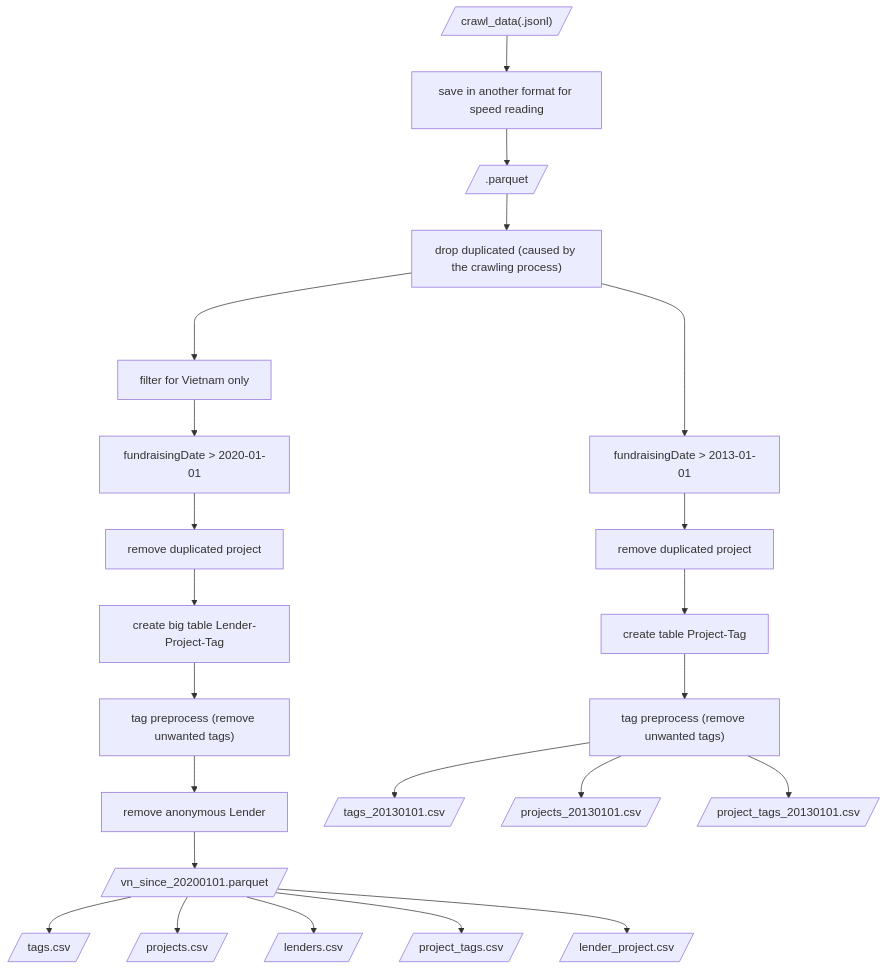
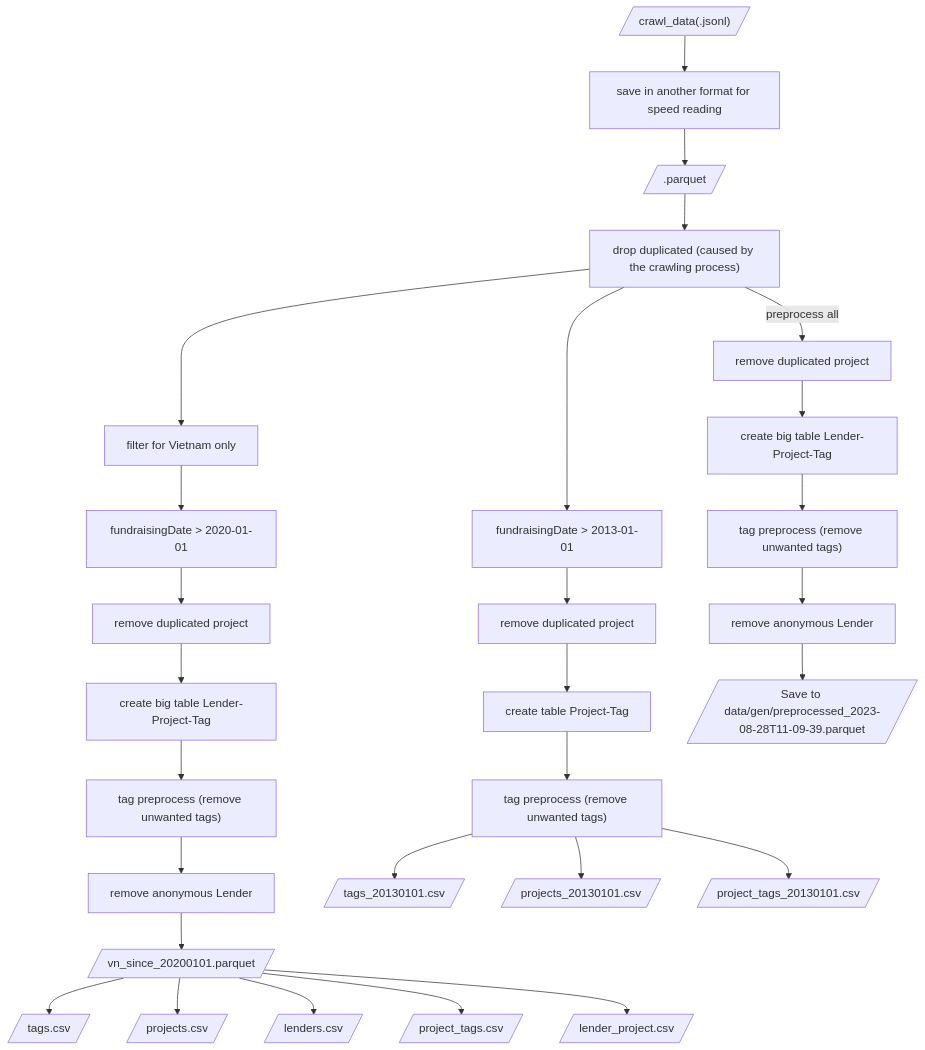
Before and after one commit to gameliee/kiva: the diagram in doc/preprocess.md, drawn with Mermaid. The commit also changed 1 other file, not shown here.

Commit message:
doc: add preprocesisng doc, minor fixes

````diff
--- a/doc/preprocess.md
+++ b/doc/preprocess.md
@@ -3,27 +3,33 @@
 ```mermaid
 graph TD
 raw[/"crawl_data(.jsonl)"/] 
 --> a["save in another format for speed reading"]
 --> par[/".parquet"/]
 --> b["drop duplicated (caused by the crawling process)"]
 ---> c["filter for Vietnam only"]
 --> d["fundraisingDate > 2020-01-01"]
 --> e["remove duplicated project"]
 --> f["create big table Lender-Project-Tag"]
 --> g["tag preprocess (remove unwanted tags)"]
 --> h["remove anonymous Lender"]
 --> vn[/"vn_since_20200101.parquet"/]
 --> t[/"tags.csv"/]
 vn --> pro[/"projects.csv"/]
 vn --> lender[/"lenders.csv"/]
 vn --> pt[/"project_tags.csv"/]
 vn --> lp[/"lender_project.csv"/]
 
 b ----> C["fundraisingDate > 2013-01-01"]
 --> D["remove duplicated project"]
 --> E["create table Project-Tag"]
 --> G["tag preprocess (remove unwanted tags)"]
 G --> T[/"tags_20130101.csv"/]
 G --> PRO[/"projects_20130101.csv"/]
 G --> PT[/"project_tags_20130101.csv"/]
+
+b --preprocess all--> N["remove duplicated project"]
+--> P["create big table Lender-Project-Tag"]
+--> Q["tag preprocess (remove unwanted tags)"]
+--> R["remove anonymous Lender"]
+--> S[/"Save to data/gen/preprocessed_2023-08-28T11-09-39.parquet"/]
 ```
````
